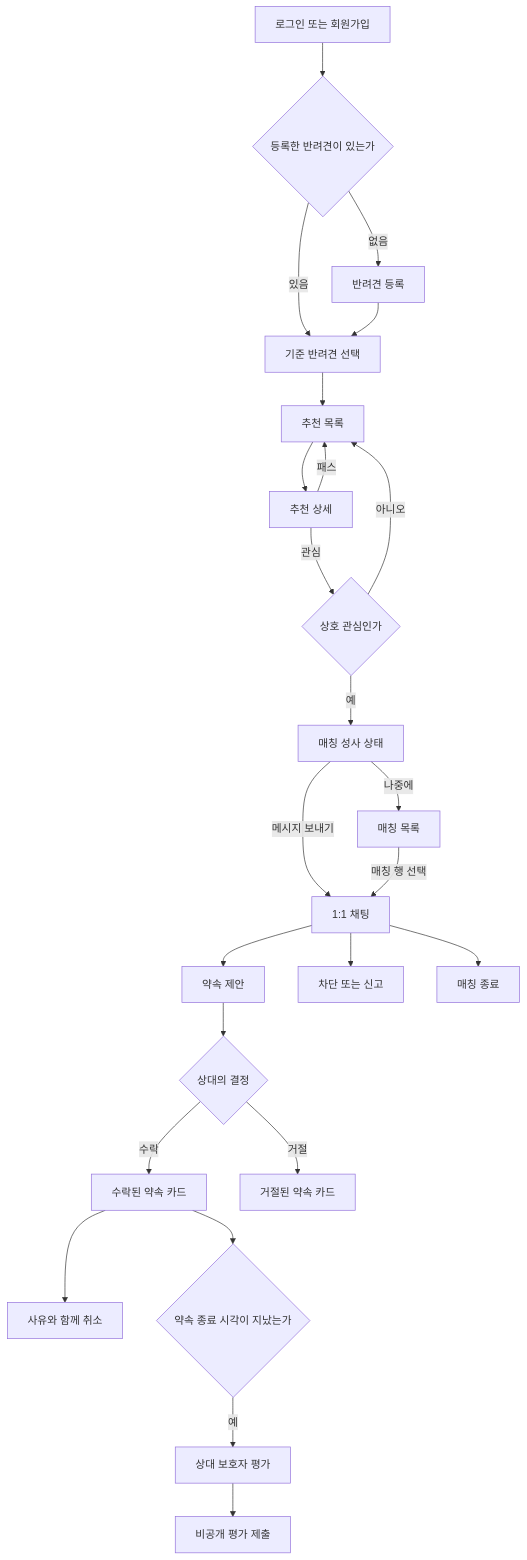
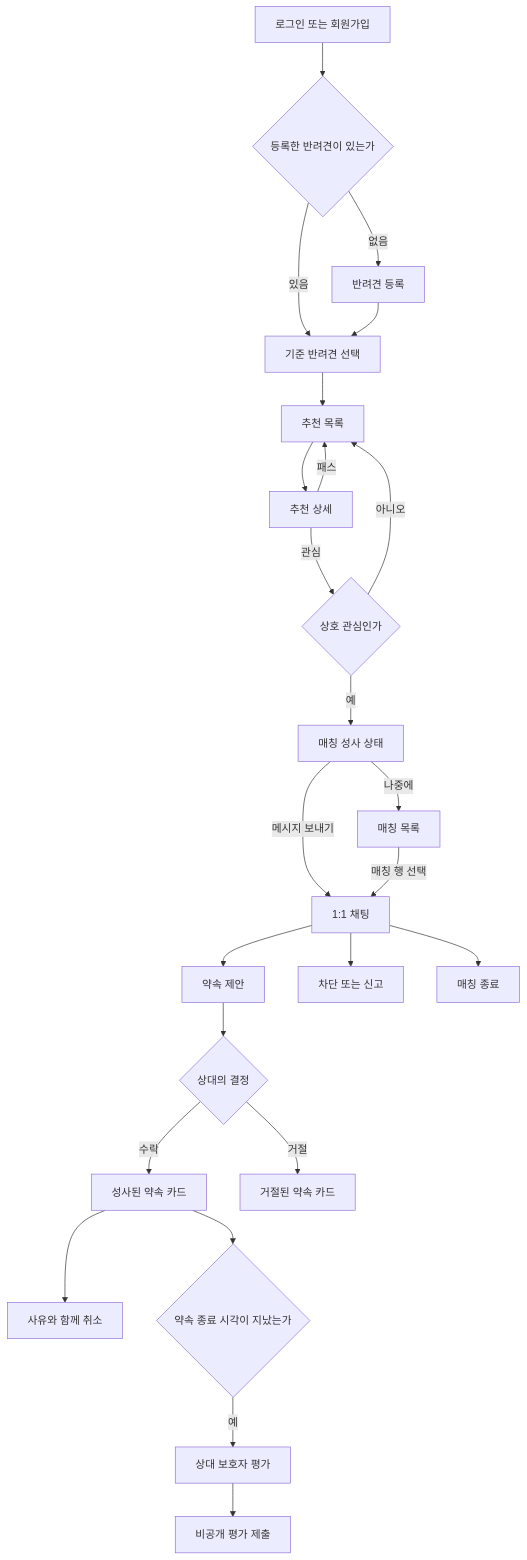
Before and after one commit to Jo0Yo0n/my-petmate-frontend: the diagram in docs/mvp-screen-map.md, drawn with Mermaid. The commit also changed other lines of this file and 86 other files, not shown here.

````diff
--- a/docs/mvp-screen-map.md
+++ b/docs/mvp-screen-map.md
@@ -27,26 +32,26 @@
 ```mermaid
 flowchart TD
     A[로그인 또는 회원가입] --> B{등록한 반려견이 있는가}
     B -- 없음 --> C[반려견 등록]
     B -- 있음 --> D[기준 반려견 선택]
     C --> D
     D --> E[추천 목록]
     E --> F[추천 상세]
     F -->|패스| E
     F -->|관심| G{상호 관심인가}
     G -- 아니오 --> E
     G -- 예 --> H[매칭 성사 상태]
     H -->|메시지 보내기| J[1:1 채팅]
     H -->|나중에| I[매칭 목록]
     I -->|매칭 행 선택| J
     J --> K[약속 제안]
     K --> L{상대의 결정}
-    L -- 수락 --> M[수락된 약속 카드]
+    L -- 수락 --> M[성사된 약속 카드]
     L -- 거절 --> N[거절된 약속 카드]
     M --> O[사유와 함께 취소]
     M --> R{약속 종료 시각이 지났는가}
     R -- 예 --> S[상대 보호자 평가]
     S --> T[비공개 평가 제출]
     J --> P[차단 또는 신고]
     J --> Q[매칭 종료]
 ```
````
